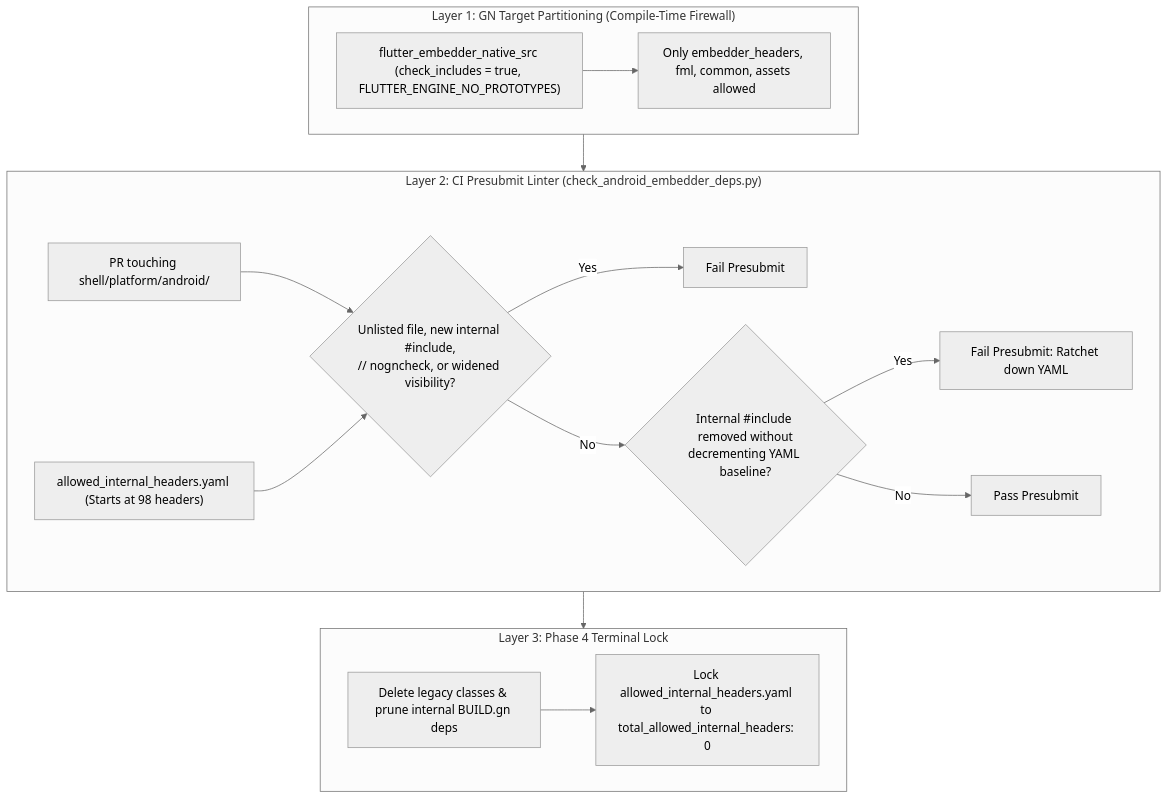
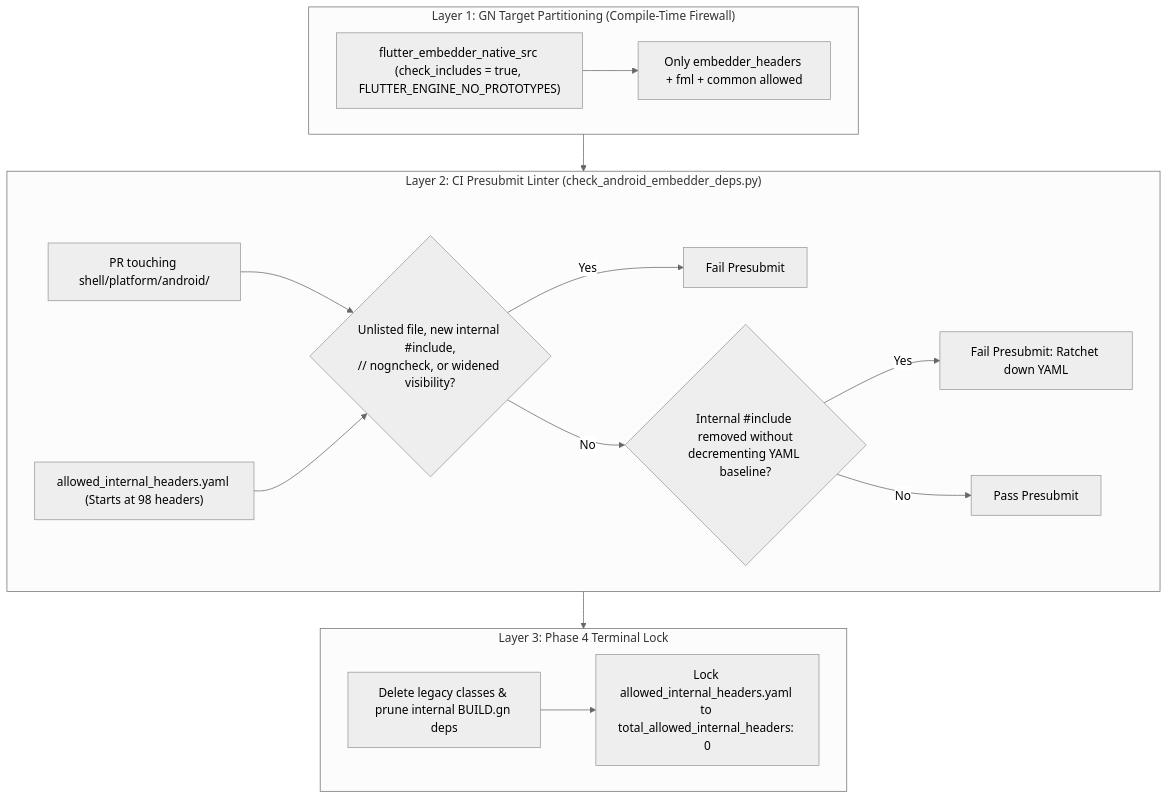
Before and after one commit to flutter/rfc: diagram 14 of 14 in rfc/410.0000-flutter-android-embedder-c-api-migration.md, drawn with Mermaid (neutral theme). The commit also changed other lines of this file, not shown here.

Commit message:
Remove rejection path of vulkan checks in preference to moving checks into the Android embedder

````diff
--- a/rfc/410.0000-flutter-android-embedder-c-api-migration.md
+++ b/rfc/410.0000-flutter-android-embedder-c-api-migration.md
@@ -1389,33 +1400,33 @@
 ```mermaid
 flowchart TD
     subgraph Layer1["Layer 1: GN Target Partitioning (Compile-Time Firewall)"]
         NewCAPI["flutter_embedder_native_src (check_includes = true, FLUTTER_ENGINE_NO_PROTOTYPES)"]
-        StrictDeps["Only embedder_headers, fml, common, assets allowed"]
+        StrictDeps["Only embedder_headers + fml + common allowed"]
         NewCAPI --> StrictDeps
     end
 
     subgraph Layer2["Layer 2: CI Presubmit Linter (check_android_embedder_deps.py)"]
         PR["PR touching shell/platform/android/"]
         YAML["allowed_internal_headers.yaml (Starts at 98 headers)"]
         Check1{"Unlisted file, new internal #include,<br/>// nogncheck, or widened visibility?"}
         Check2{"Internal #include removed without<br/>decrementing YAML baseline?"}
         Reject1["Fail Presubmit"]
         Reject2["Fail Presubmit: Ratchet down YAML"]
         Accept["Pass Presubmit"]
 
         PR --> Check1
         YAML --> Check1
         Check1 -- Yes --> Reject1
         Check1 -- No --> Check2
         Check2 -- Yes --> Reject2
         Check2 -- No --> Accept
     end
 
     subgraph Layer3["Layer 3: Phase 4 Terminal Lock"]
         Purge["Delete legacy classes & prune internal BUILD.gn deps"]
         Zero["Lock allowed_internal_headers.yaml to total_allowed_internal_headers: 0"]
         Purge --> Zero
     end
 
     Layer1 --> Layer2 --> Layer3
 ```
````
